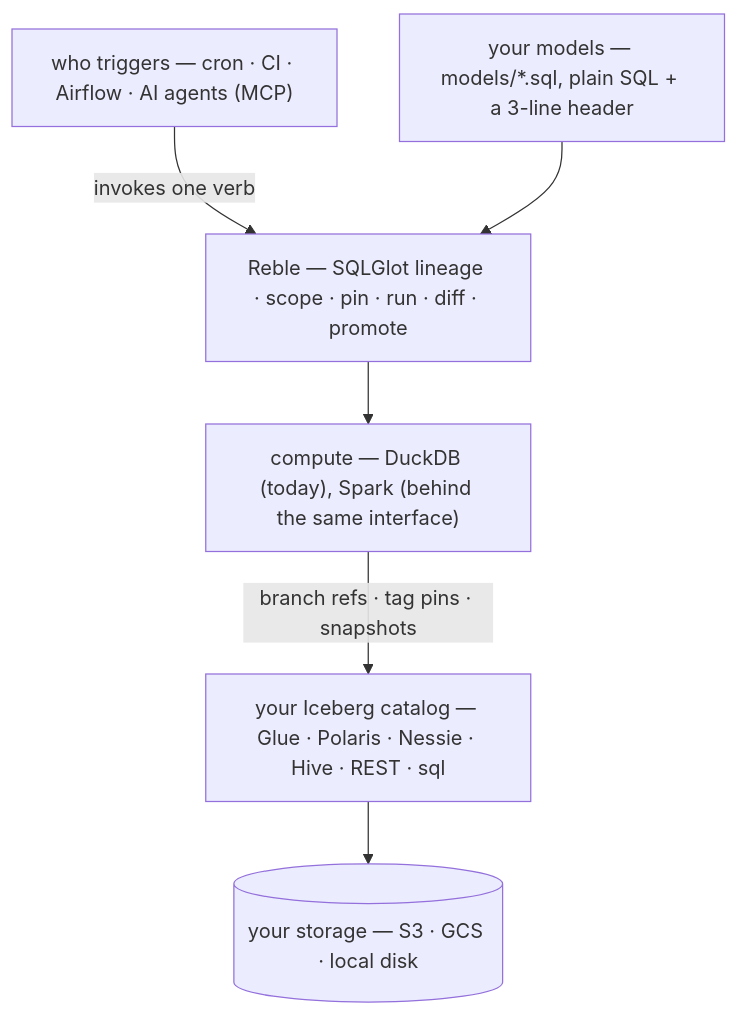
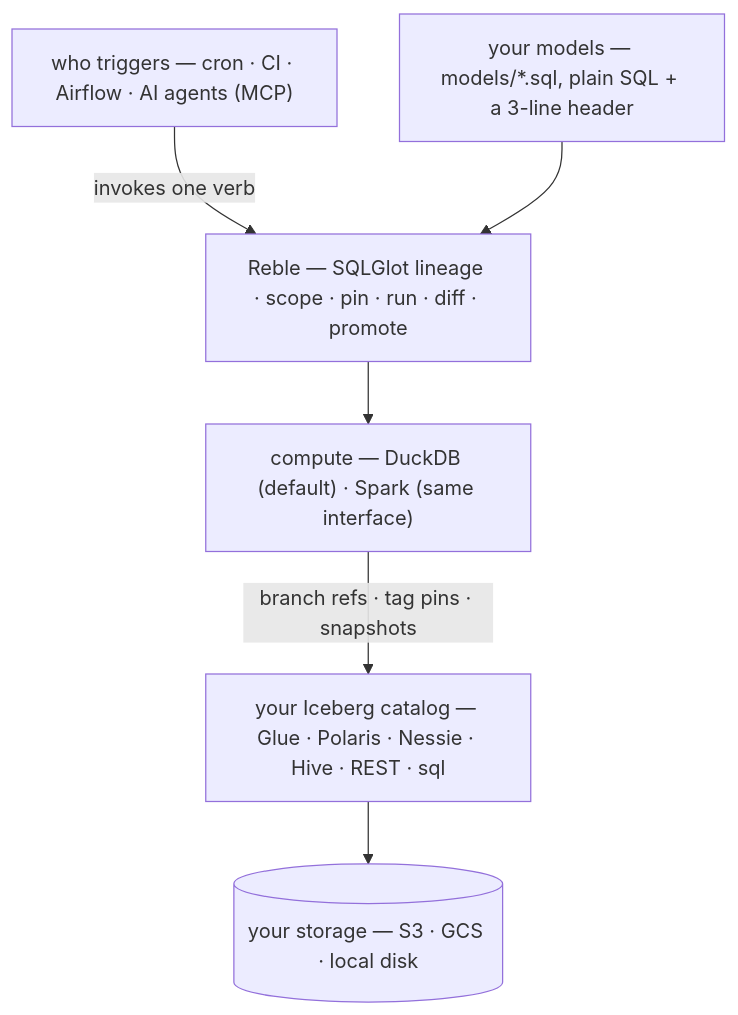
Before and after one commit to satya1395/reble: the first of 2 diagrams in README.md, drawn with Mermaid. The commit also changed other lines of this file and 9 other files, not shown here.

First line of the commit message:
feat: Spark engine — embedded PySpark, same contract as DuckDB

````diff
--- a/README.md
+++ b/README.md
@@ -36,14 +36,14 @@
 ```mermaid
 flowchart TB
     WHO["who triggers — cron · CI · Airflow · AI agents (MCP)"]
     MODELS["your models — models/*.sql, plain SQL + a 3-line header"]
     REBLE["Reble — SQLGlot lineage · scope · pin · run · diff · promote"]
-    ENGINE["compute — DuckDB (today), Spark (behind the same interface)"]
+    ENGINE["compute — DuckDB (default) · Spark (same interface)"]
     CAT["your Iceberg catalog — Glue · Polaris · Nessie · Hive · REST · sql"]
     STORE[("your storage — S3 · GCS · local disk")]
     WHO -->|"invokes one verb"| REBLE
     MODELS --> REBLE
     REBLE --> ENGINE
     ENGINE -->|"branch refs · tag pins · snapshots"| CAT
     CAT --> STORE
 ```
````
